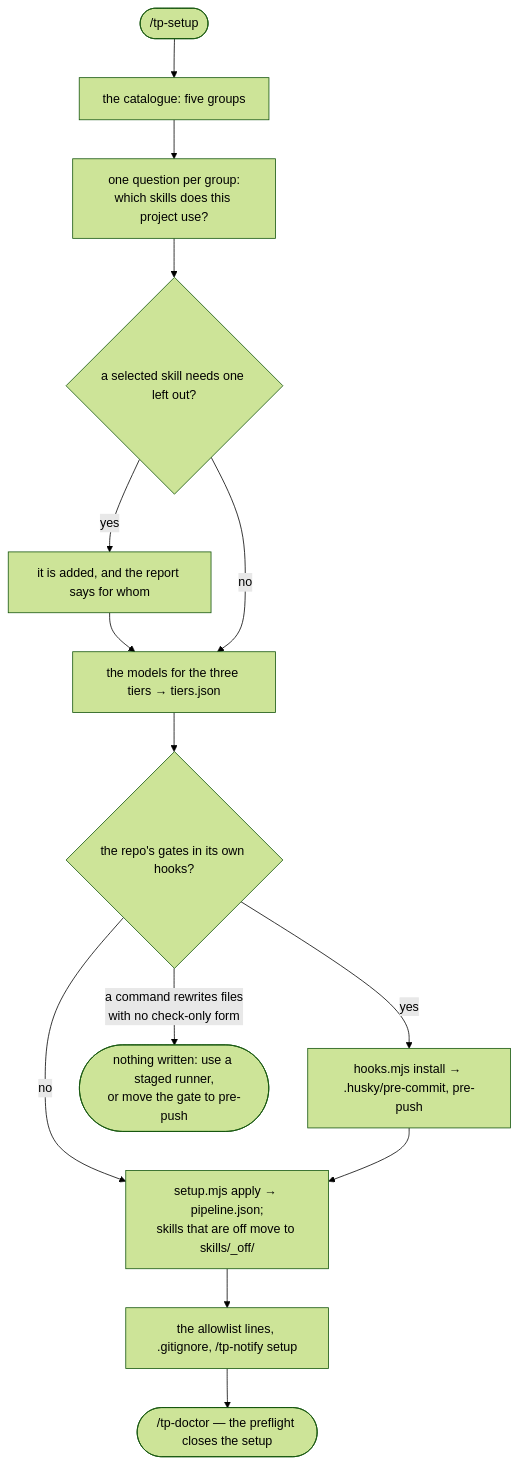
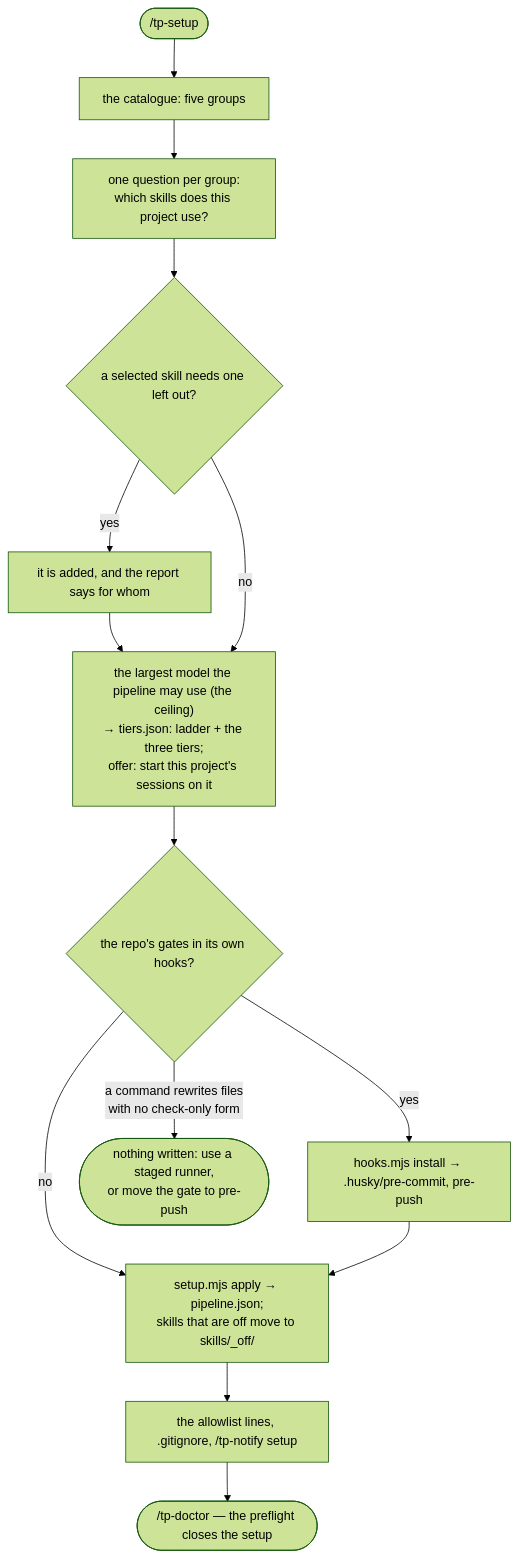
One commit to raheelsoft/agent-skills changed the sixth of 7 diagrams in skills/ticket-pipeline-setup/pipeline/skills/flowcharts.md. Above: the diagram before and after it, drawn with Mermaid (forest theme). The commit also changed other lines of this file and 18 other files, not shown here.

First line of the commit message:
Sync ticket-pipeline payload: the model ceiling

````diff
--- a/skills/ticket-pipeline-setup/pipeline/skills/flowcharts.md
+++ b/skills/ticket-pipeline-setup/pipeline/skills/flowcharts.md
@@ -247,15 +247,15 @@
 ```mermaid
 flowchart TD
     I1(["/tp-setup"]) --> I2["the catalogue: five groups"]
     I2 --> I3["one question per group:<br/>which skills does this project use?"]
     I3 --> I4{"a selected skill needs one left out?"}
     I4 -->|"yes"| I5["it is added, and the report says for whom"] --> I6
-    I4 -->|"no"| I6["the models for the three tiers → tiers.json"]
+    I4 -->|"no"| I6["the largest model the pipeline may use (the ceiling)<br/>→ tiers.json: ladder + the three tiers;<br/>offer: start this project's sessions on it"]
     I6 --> I7{"the repo's gates in its own hooks?"}
     I7 -->|"yes"| I8["hooks.mjs install → .husky/pre-commit, pre-push"]
     I7 -->|"a command rewrites files<br/>with no check-only form"| I9(["nothing written: use a staged runner,<br/>or move the gate to pre-push"])
     I7 -->|"no"| I10
     I8 --> I10["setup.mjs apply → pipeline.json;<br/>skills that are off move to skills/_off/"]
     I10 --> I11["the allowlist lines, .gitignore, /tp-notify setup"]
     I11 --> I12(["/tp-doctor — the preflight closes the setup"])
 ```
````
